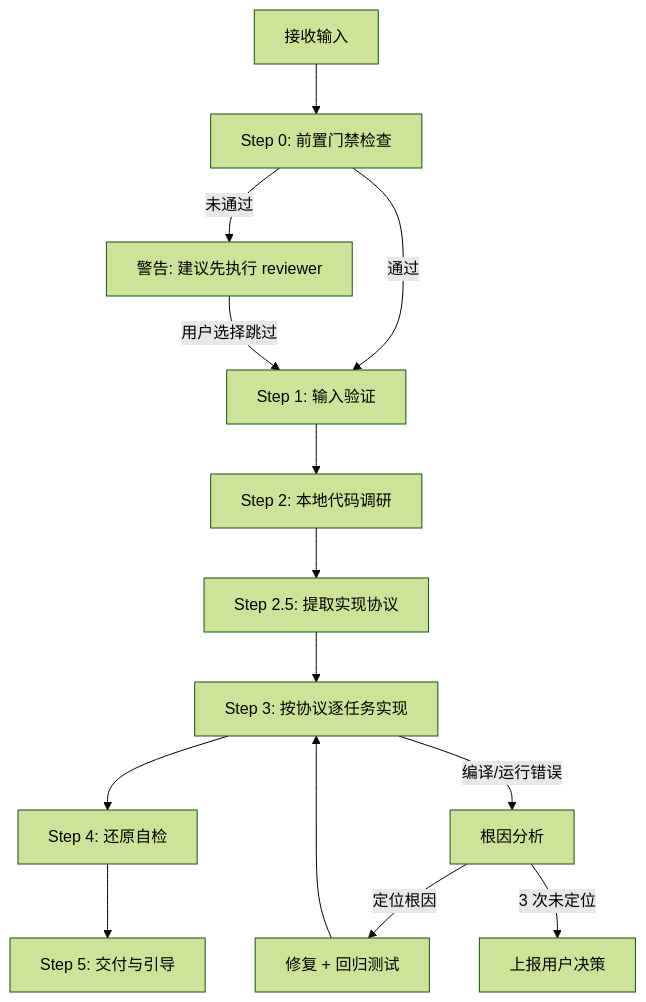
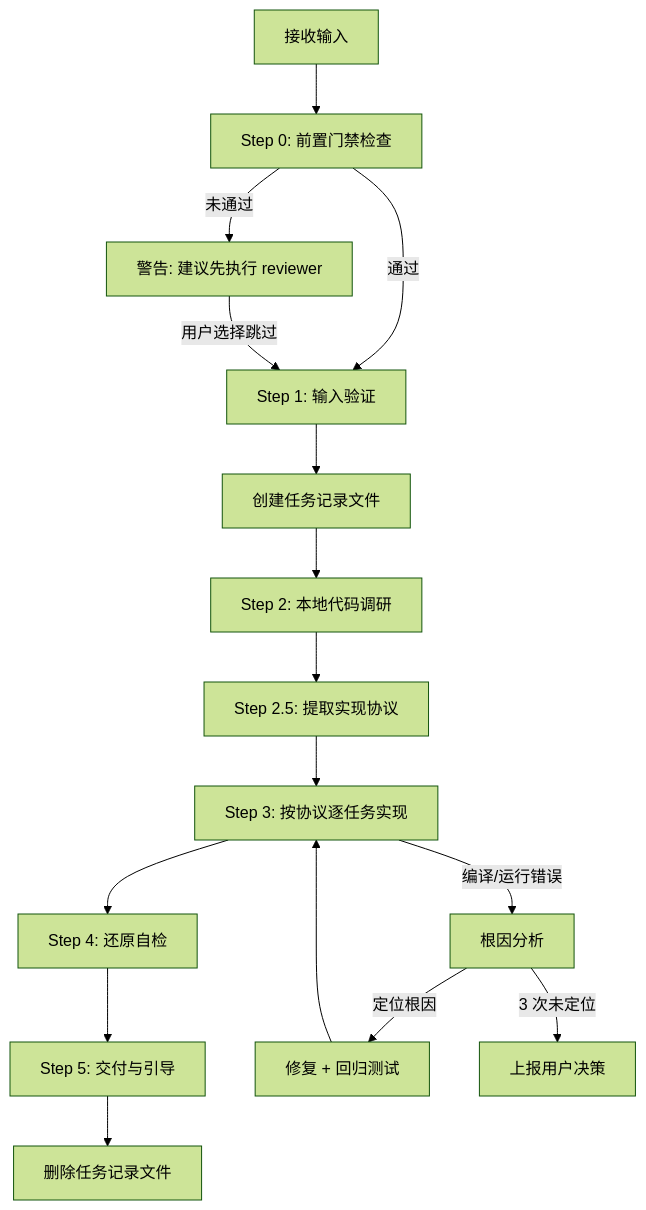
Before and after one commit to chenchiyuan/powerby-skills: the first of 3 diagrams in skills/pb-v1-implementing/SKILL.md, drawn with Mermaid (forest theme). The commit also changed other lines of this file and 13 other files, not shown here.

````diff
--- a/skills/pb-v1-implementing/SKILL.md
+++ b/skills/pb-v1-implementing/SKILL.md
@@ -206,17 +219,19 @@
 ```mermaid
 graph TD
     Start[接收输入] --> S0[Step 0: 前置门禁检查]
     S0 -->|通过| Verify[Step 1: 输入验证]
     S0 -->|未通过| Warn[警告: 建议先执行 reviewer]
     Warn -->|用户选择跳过| Verify
-    Verify --> Research[Step 2: 本地代码调研]
+    Verify --> CreateTrack[创建任务记录文件]
+    CreateTrack --> Research[Step 2: 本地代码调研]
     Research --> Protocol[Step 2.5: 提取实现协议]
     Protocol --> Impl[Step 3: 按协议逐任务实现]
     Impl --> SelfCheck[Step 4: 还原自检]
     SelfCheck --> Output[Step 5: 交付与引导]
+    Output --> Cleanup[删除任务记录文件]
 
     Impl -->|编译/运行错误| RCA[根因分析]
     RCA -->|定位根因| Fix[修复 + 回归测试]
     Fix --> Impl
     RCA -->|3 次未定位| Escalate[上报用户决策]
 ```
````
